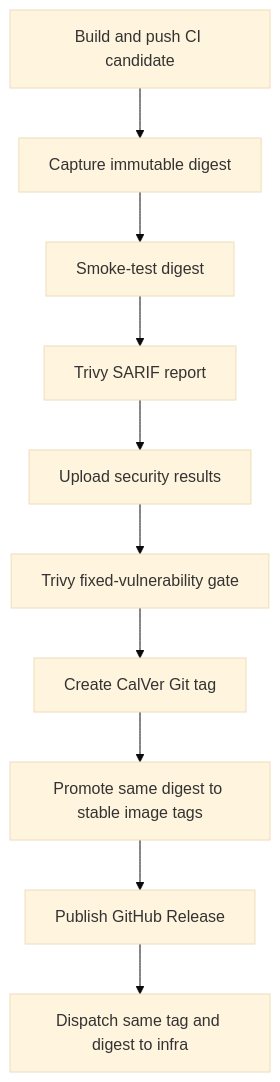
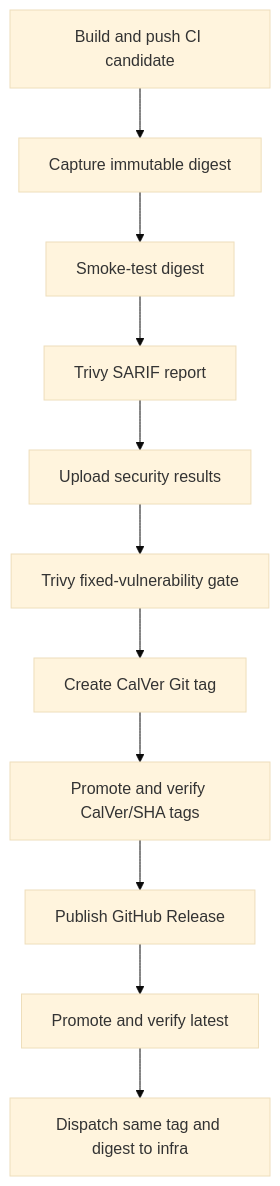
The first of 3 diagrams in docs/plans/2026-07-31-001-feat-security-workflow-baseline-plan.md (fro-bot/dashboard), drawn with Mermaid (base theme) before and after one commit. The commit also changed other lines of this file and 2 other files, not shown here.

Commit message:
fix(ci): harden release publication

````diff
--- a/docs/plans/2026-07-31-001-feat-security-workflow-baseline-plan.md
+++ b/docs/plans/2026-07-31-001-feat-security-workflow-baseline-plan.md
@@ -114,12 +114,13 @@
 ```mermaid
 flowchart TB
   Build[Build and push CI candidate] --> Digest[Capture immutable digest]
   Digest --> Smoke[Smoke-test digest]
   Smoke --> Report[Trivy SARIF report]
   Report --> Upload[Upload security results]
   Upload --> Gate[Trivy fixed-vulnerability gate]
   Gate --> Tag[Create CalVer Git tag]
-  Tag --> Promote[Promote same digest to stable image tags]
+  Tag --> Promote[Promote and verify CalVer/SHA tags]
   Promote --> Release[Publish GitHub Release]
-  Release --> Dispatch[Dispatch same tag and digest to infra]
+  Release --> Latest[Promote and verify latest]
+  Latest --> Dispatch[Dispatch same tag and digest to infra]
 ```
````
